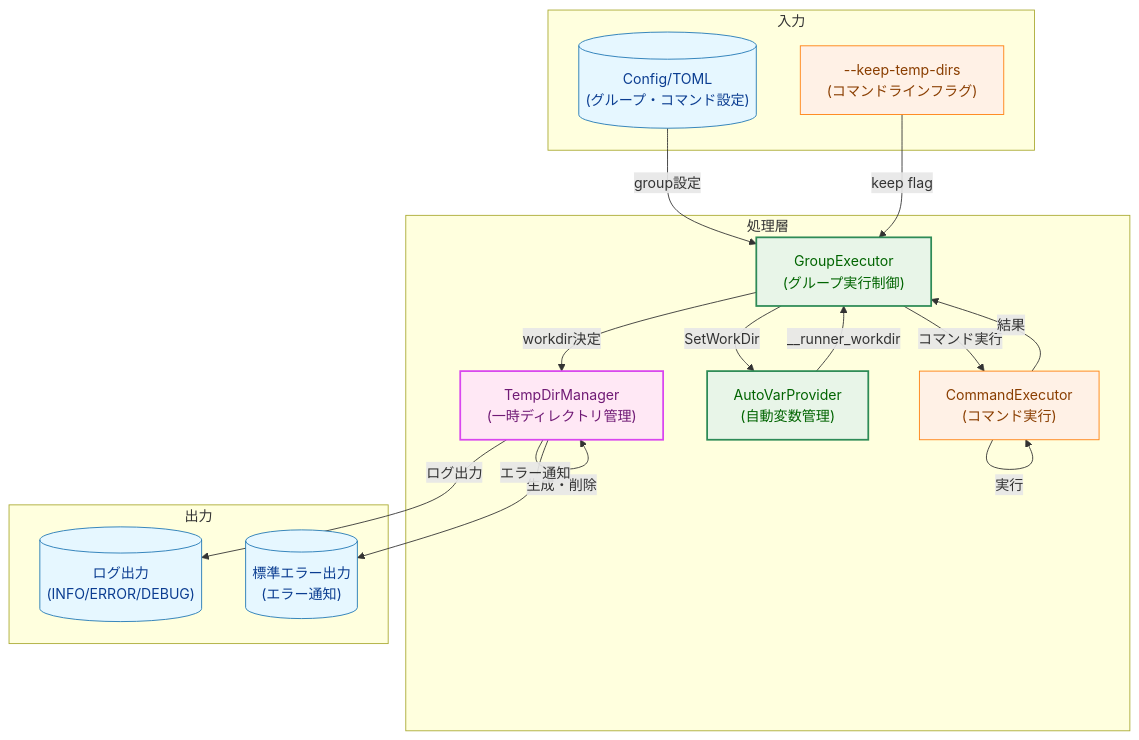
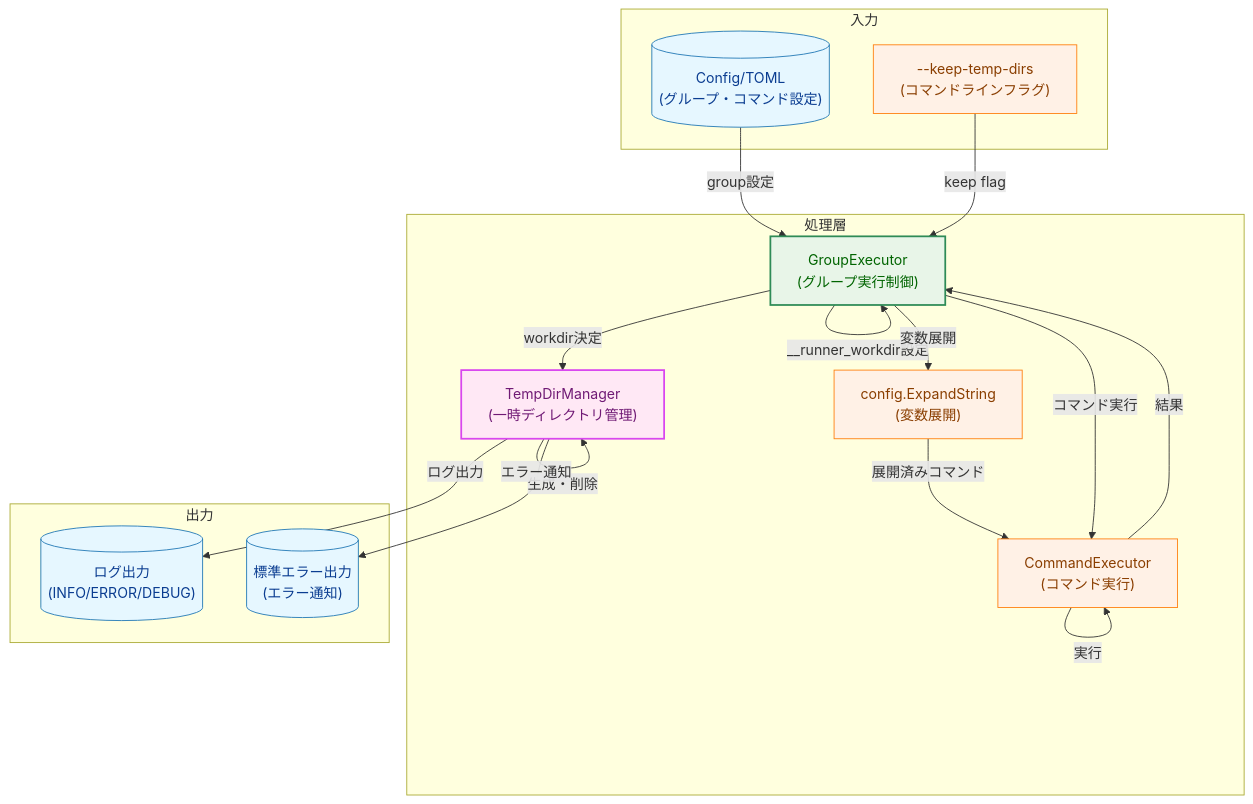
The ninth of 11 diagrams in docs/tasks/0034_workdir_redesign/02_architecture.md (isseis/go-safe-cmd-runner), drawn with Mermaid before and after one commit. The commit also changed other lines of this file and 1 other file, not shown here.

First line of the commit message:
Replace AutoVarProvider workflow with group.ExpandedVars __runner_workdir

````diff
--- a/docs/tasks/0034_workdir_redesign/02_architecture.md
+++ b/docs/tasks/0034_workdir_redesign/02_architecture.md
@@ -692,44 +684,45 @@
 ```mermaid
 graph TB
     classDef data fill:#e6f7ff,stroke:#1f77b4,stroke-width:1px,color:#0b3d91;
     classDef existing fill:#fff1e6,stroke:#ff7f0e,stroke-width:1px,color:#8a3e00;
     classDef enhanced fill:#e8f5e8,stroke:#2e8b57,stroke-width:2px,color:#006400;
     classDef new fill:#ffe8f5,stroke:#d946ef,stroke-width:2px,color:#701a75;
 
     subgraph InputLayer["入力"]
         Config[("Config/TOML<br/>(グループ・コマンド設定)")]
         Flag["--keep-temp-dirs<br/>(コマンドラインフラグ)"]
     end
 
     subgraph ProcessLayer["処理層"]
         GE["GroupExecutor<br/>(グループ実行制御)"]
         TDM["TempDirManager<br/>(一時ディレクトリ管理)"]
-        AVP["AutoVarProvider<br/>(自動変数管理)"]
+        Expander["config.ExpandString<br/>(変数展開)"]
         CE["CommandExecutor<br/>(コマンド実行)"]
     end
 
     subgraph OutputLayer["出力"]
         Log[("ログ出力<br/>(INFO/ERROR/DEBUG)")]
         Stderr[("標準エラー出力<br/>(エラー通知)")]
     end
 
     Config -->|group設定| GE
     Flag -->|keep flag| GE
 
     GE -->|workdir決定| TDM
-    GE -->|SetWorkDir| AVP
-    AVP -->|__runner_workdir| GE
+    GE -->|__runner_workdir設定| GE
+    GE -->|変数展開| Expander
+    Expander -->|展開済みコマンド| CE
     GE -->|コマンド実行| CE
 
     TDM -->|生成・削除| TDM
     TDM -->|ログ出力| Log
     TDM -->|エラー通知| Stderr
 
     CE -->|実行| CE
     CE -->|結果| GE
 
     class Config,Log,Stderr data;
-    class Flag,CE existing;
-    class GE,AVP enhanced;
+    class Flag,CE,Expander existing;
+    class GE enhanced;
     class TDM new;
 ```
````
